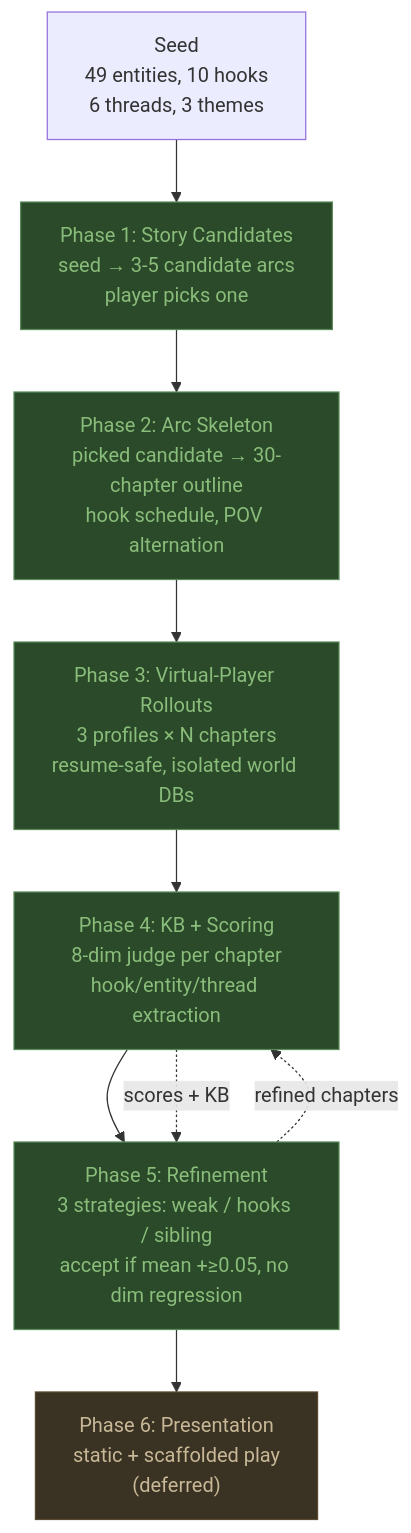
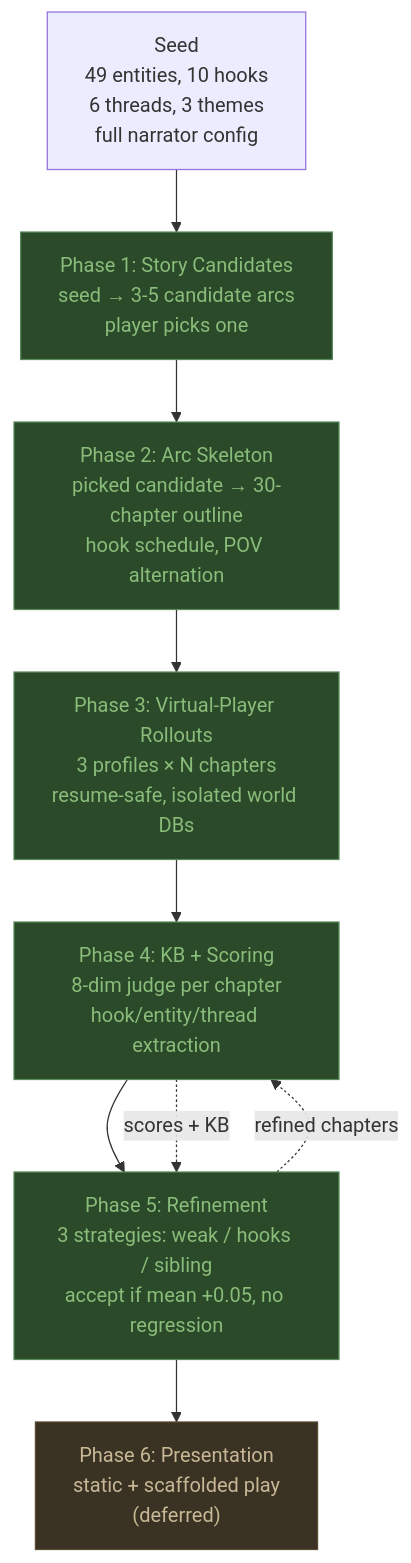
The second of 7 diagrams in docs/technical-report-2026-04-15-16.md (RPP1011/quest_game), drawn with Mermaid before and after one commit. The commit also changed other lines of this file, not shown here.

First line of the commit message:
docs: rewrite technical report — strip debugging, focus on architecture

```diff
--- a/docs/technical-report-2026-04-15-16.md
+++ b/docs/technical-report-2026-04-15-16.md
@@ -175,23 +59,23 @@
 <pre class="mermaid" markdown="0">
 flowchart TB
-    SEED["Seed<br/>49 entities, 10 hooks<br/>6 threads, 3 themes"]
-    
+    SEED["Seed<br/>49 entities, 10 hooks<br/>6 threads, 3 themes<br/>full narrator config"]
+
     P1["Phase 1: Story Candidates<br/>seed → 3-5 candidate arcs<br/>player picks one"]
     P2["Phase 2: Arc Skeleton<br/>picked candidate → 30-chapter outline<br/>hook schedule, POV alternation"]
     P3["Phase 3: Virtual-Player Rollouts<br/>3 profiles × N chapters<br/>resume-safe, isolated world DBs"]
     P4["Phase 4: KB + Scoring<br/>8-dim judge per chapter<br/>hook/entity/thread extraction"]
-    P5["Phase 5: Refinement<br/>3 strategies: weak / hooks / sibling<br/>accept if mean +≥0.05, no dim regression"]
+    P5["Phase 5: Refinement<br/>3 strategies: weak / hooks / sibling<br/>accept if mean +0.05, no regression"]
     P6["Phase 6: Presentation<br/>static + scaffolded play<br/>(deferred)"]
-    
+
     SEED --> P1 --> P2 --> P3 --> P4 --> P5 --> P6
-    
+
     P4 -.->|scores + KB| P5
     P5 -.->|refined chapters| P4
-    
+
     style P1 fill:#2a4a2a,stroke:#5a8a5a,color:#8abc7a
     style P2 fill:#2a4a2a,stroke:#5a8a5a,color:#8abc7a
     style P3 fill:#2a4a2a,stroke:#5a8a5a,color:#8abc7a
     style P4 fill:#2a4a2a,stroke:#5a8a5a,color:#8abc7a
     style P5 fill:#2a4a2a,stroke:#5a8a5a,color:#8abc7a
     style P6 fill:#3a3222,stroke:#5a4a32,color:#c8b897
 </pre>
```
